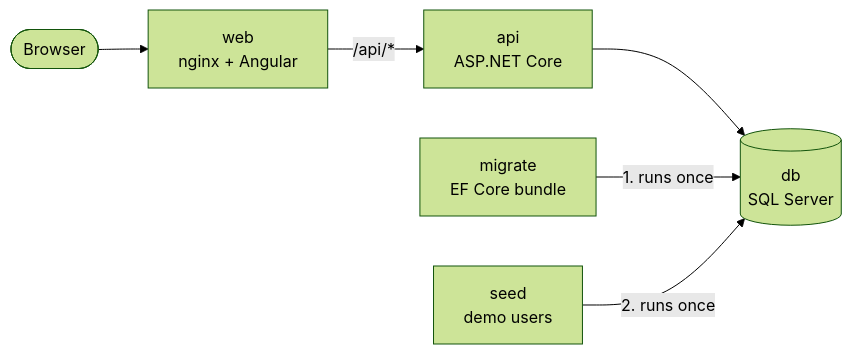
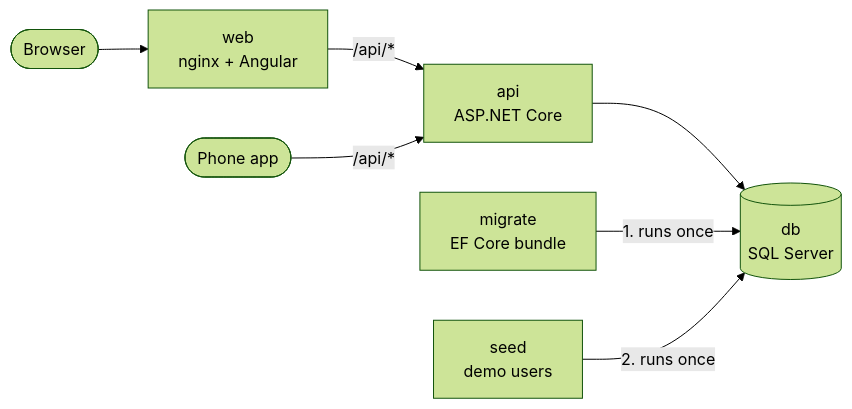
Before and after one commit to jaiminbhut/doorlist: the diagram in README.md, drawn with Mermaid (forest theme). The commit also changed other lines of this file and 12 other files, not shown here.

````diff
--- a/README.md
+++ b/README.md
@@ -43,8 +60,9 @@
 ```mermaid
 flowchart LR
     browser([Browser]) --> web["web<br/>nginx + Angular"]
     web -- "/api/*" --> api["api<br/>ASP.NET Core"]
+    phone([Phone app]) -- "/api/*" --> api
     api --> db[("db<br/>SQL Server")]
     migrate["migrate<br/>EF Core bundle"] -- "1. runs once" --> db
     seed["seed<br/>demo users"] -- "2. runs once" --> db
 ```
````
